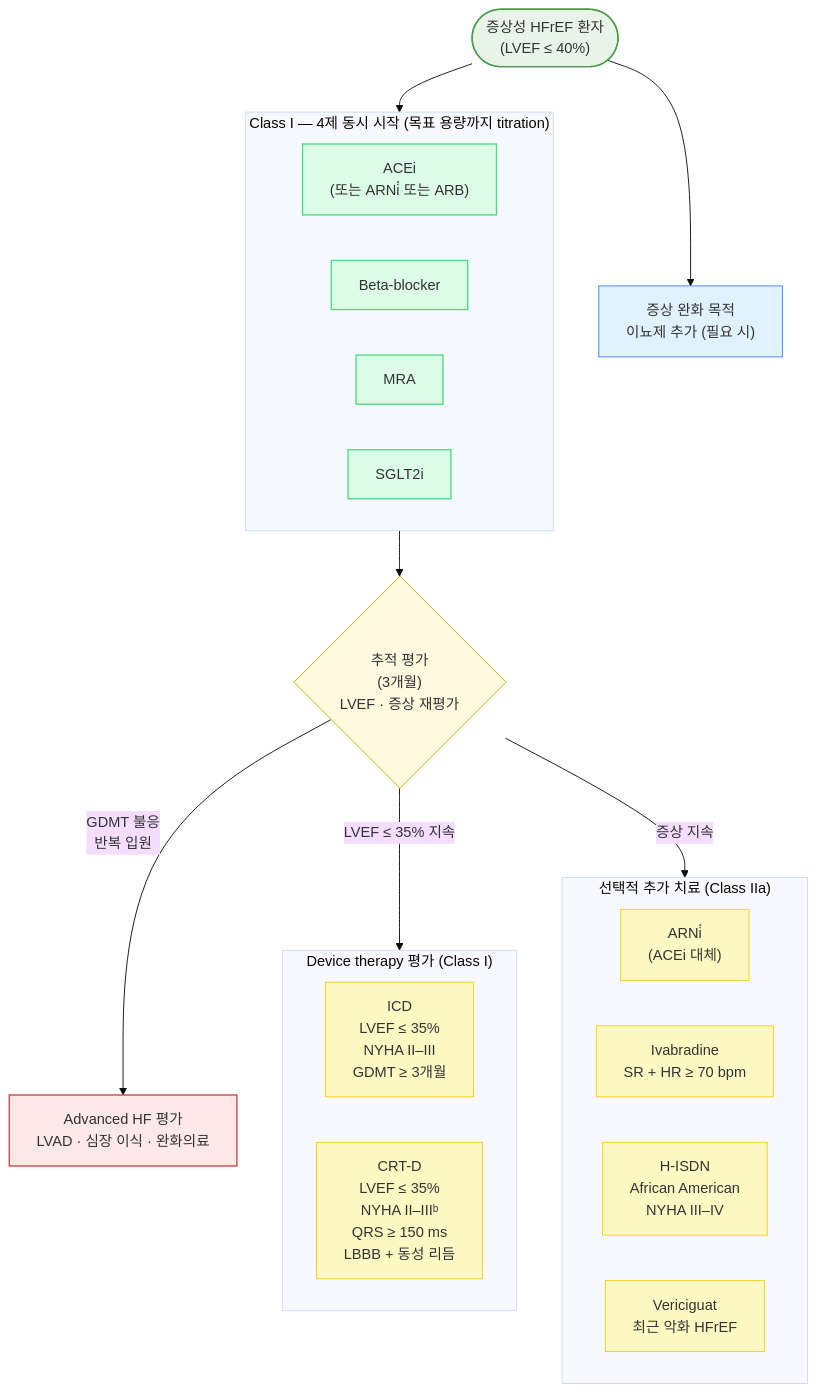
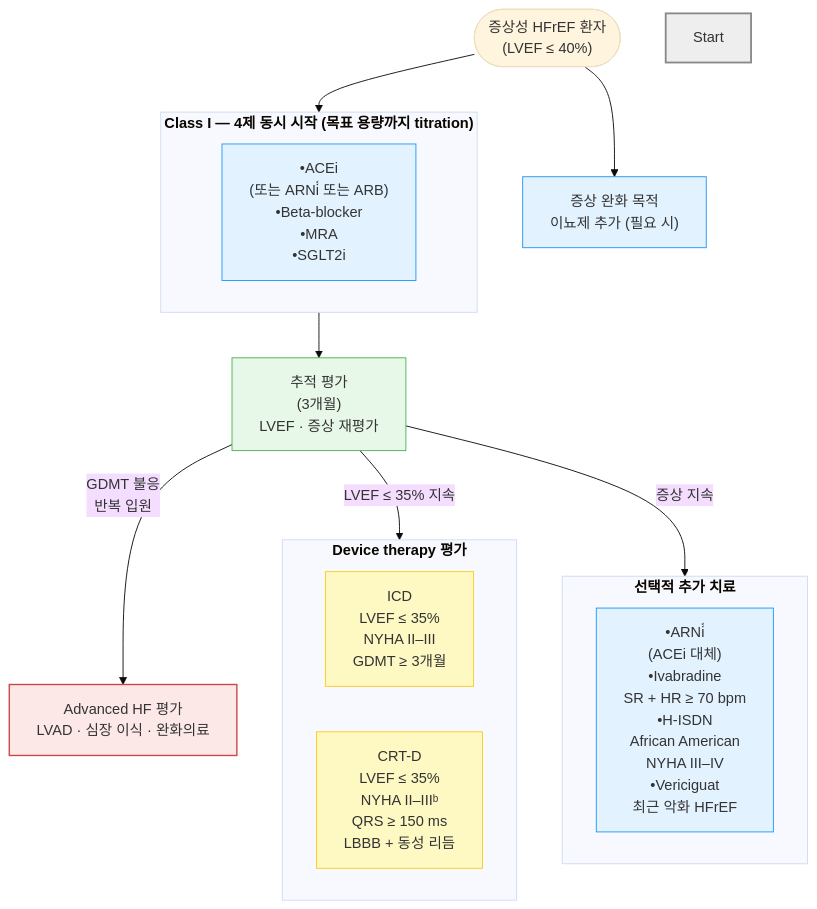
One commit to familyoh77/familyoh77 changed the fifth of 7 diagrams in 225_/098_-heart-failure.md. Above: the diagram before and after it, drawn with Mermaid (base theme). The commit also changed other lines of this file, not shown here.

Commit message:
GITBOOK-1111: No subject

````diff
--- a/225_/098_-heart-failure.md
+++ b/225_/098_-heart-failure.md
@@ -325,53 +321,43 @@
 ```mermaid
 flowchart TD
     START(["증상성 HFrEF 환자\n(LVEF ≤ 40%)"])
-    style START fill:#e8f4e8,stroke:#4a9a4a,stroke-width:1.5px
-
-    subgraph QUAD["Class I — 4제 동시 시작 (목표 용량까지 titration)"]
+style Start fill:#eeeeee,stroke:#888888,stroke-width:2px
+    subgraph QUAD["<b>Class I — 4제 동시 시작 (목표 용량까지 titration)</b>"]
         direction LR
-        D1["ACEi\n(또는 ARNi᷾ 또는 ARB)"]
-        style D1 fill:#dcfce7,stroke:#4ade80,stroke-width:1.5px
-        D2["Beta-blocker"]
-        style D2 fill:#dcfce7,stroke:#4ade80,stroke-width:1.5px
-        D3["MRA"]
-        style D3 fill:#dcfce7,stroke:#4ade80,stroke-width:1.5px
-        D4["SGLT2i"]
-        style D4 fill:#dcfce7,stroke:#4ade80,stroke-width:1.5px
+        D1["•ACEi\n(또는 ARNi᷾ 또는 ARB)
+•Beta-blocker
+•MRA
+•SGLT2i"]
     end
 
     DIURETIC["증상 완화 목적\n이뇨제 추가 (필요 시)"]
-    style DIURETIC fill:#e0f2fe,stroke:#3b82f6,stroke-width:1px
+    ASSESS["추적 평가\n(3개월)\nLVEF · 증상 재평가"]
+    style ASSESS fill:#e8f8e8,stroke:#4caf50
 
-    ASSESS{"추적 평가\n(3개월)\nLVEF · 증상 재평가"}
-    style ASSESS fill:#fff9e0,stroke:#c8a800,stroke-width:1px
-
-    subgraph DEVICE["Device therapy 평가 (Class I)"]
+    subgraph DEVICE["<b>Device therapy 평가</b>"]
         direction LR
         DEV1["ICD\nLVEF ≤ 35%\nNYHA II–III\nGDMT ≥ 3개월"]
         style DEV1 fill:#fef9c3,stroke:#facc15,stroke-width:1px
         DEV2["CRT-D\nLVEF ≤ 35%\nNYHA II–IIIᵇ\nQRS ≥ 150 ms\nLBBB + 동성 리듬"]
         style DEV2 fill:#fef9c3,stroke:#facc15,stroke-width:1px
     end
 
-    subgraph SELECT["선택적 추가 치료 (Class IIa)"]
+    subgraph SELECT["<b>선택적 추가 치료</b>"]
         direction LR
-        SEL1["ARNi᷾\n(ACEi 대체)"]
-        style SEL1 fill:#fef9c3,stroke:#facc15,stroke-width:1px
-        SEL2["Ivabradine\nSR + HR ≥ 70 bpm"]
-        style SEL2 fill:#fef9c3,stroke:#facc15,stroke-width:1px
-        SEL3["H-ISDN\nAfrican American\nNYHA III–IV"]
-        style SEL3 fill:#fef9c3,stroke:#facc15,stroke-width:1px
-        SEL4["Vericiguat\n최근 악화 HFrEF"]
-        style SEL4 fill:#fef9c3,stroke:#facc15,stroke-width:1px
+        SEL1["•ARNi᷾\n(ACEi 대체)
+•Ivabradine\nSR + HR ≥ 70 bpm
+•H-ISDN\nAfrican American\nNYHA III–IV
+•Vericiguat\n최근 악화 HFrEF"]
+classDef sky fill:#e3f2ff,stroke:#2196f3
+class D1,DIURETIC,SEL1 sky
+
     end
-
     ADVANCED["Advanced HF 평가\nLVAD · 심장 이식 · 완화의료"]
     style ADVANCED fill:#fde8e8,stroke:#cc4444,stroke-width:1.5px
-
     START --> QUAD
     START --> DIURETIC
     QUAD --> ASSESS
     ASSESS -->|"LVEF ≤ 35% 지속"| DEVICE
     ASSESS -->|"증상 지속"| SELECT
     ASSESS -->|"GDMT 불응\n반복 입원"| ADVANCED
 ```
````
